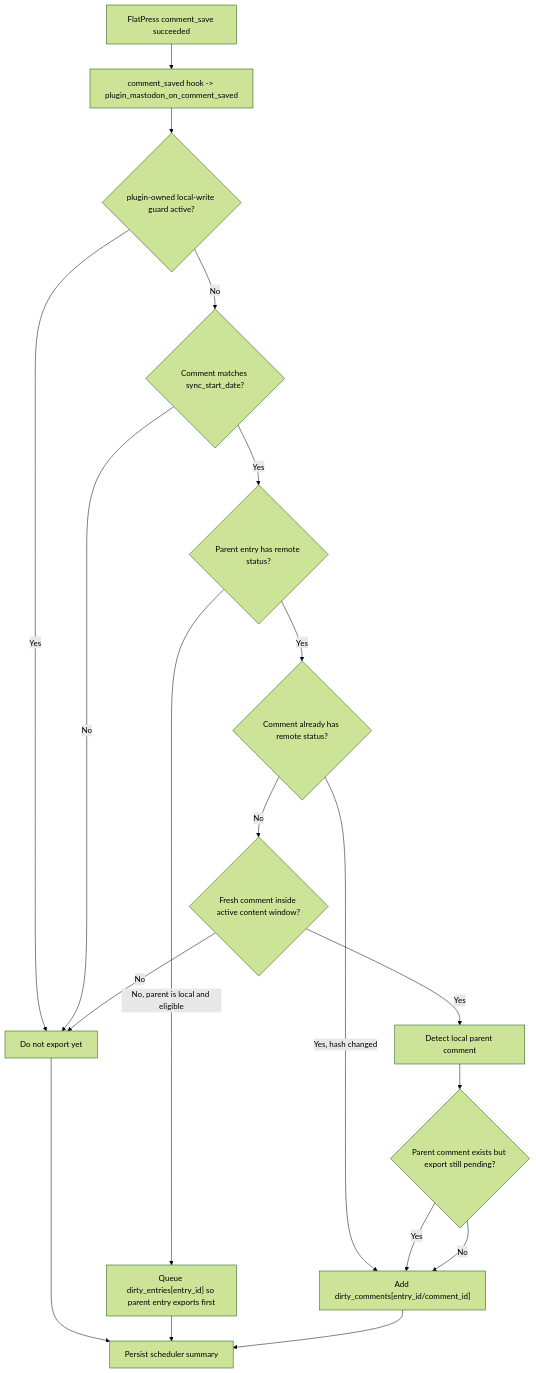
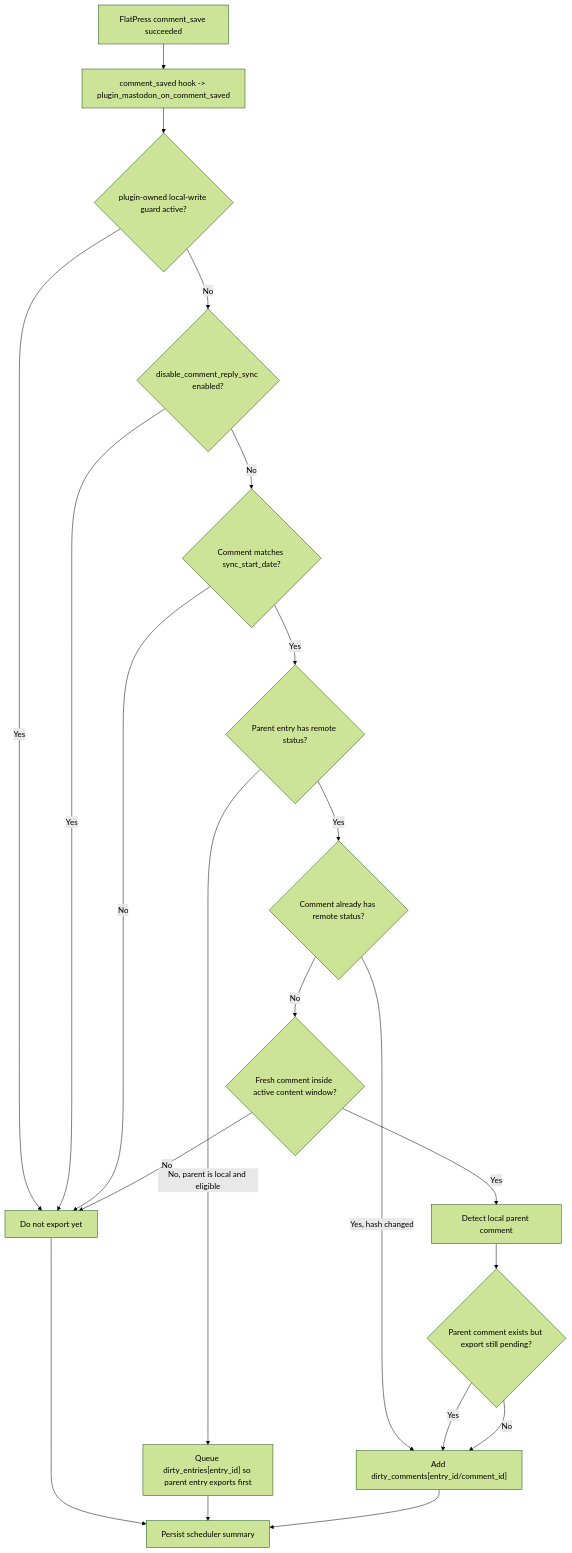
One commit to flatpressblog/flatpress changed diagram 12 of 48 in fp-plugins/mastodon/developer-docs/06-Process-Flow.md. Above: the diagram before and after it, drawn with Mermaid (forest theme). The commit also changed other lines of this file and 33 other files, not shown here.

````diff
--- a/fp-plugins/mastodon/developer-docs/06-Process-Flow.md
+++ b/fp-plugins/mastodon/developer-docs/06-Process-Flow.md
@@ -366,30 +435,33 @@
 ```mermaid
 flowchart TD
     CommentSaved["FlatPress comment_save succeeded"]
     Hook["comment_saved hook -> plugin_mastodon_on_comment_saved"]
     Guard{"plugin-owned local-write guard active?"}
+    CommentGate{"disable_comment_reply_sync enabled?"}
     SyncStart{"Comment matches sync_start_date?"}
     EntryMapped{"Parent entry has remote status?"}
     CommentMapped{"Comment already has remote status?"}
     ActiveWindow{"Fresh comment inside active content window?"}
     ParentLocal["Detect local parent comment"]
     ParentPending{"Parent comment exists but export still pending?"}
     DirtyComment["Add dirty_comments[entry_id/comment_id]"]
     DirtyEntry["Queue dirty_entries[entry_id] so parent entry exports first"]
     NoExport["Do not export yet"]
     Persist["Persist scheduler summary"]
 
     CommentSaved --> Hook --> Guard
     Guard -- "Yes" --> NoExport --> Persist
-    Guard -- "No" --> SyncStart
+    Guard -- "No" --> CommentGate
+    CommentGate -- "Yes" --> NoExport
+    CommentGate -- "No" --> SyncStart
     SyncStart -- "No" --> NoExport
     SyncStart -- "Yes" --> EntryMapped
     EntryMapped -- "No, parent is local and eligible" --> DirtyEntry --> Persist
     EntryMapped -- "Yes" --> CommentMapped
     CommentMapped -- "Yes, hash changed" --> DirtyComment --> Persist
     CommentMapped -- "No" --> ActiveWindow
     ActiveWindow -- "No" --> NoExport
     ActiveWindow -- "Yes" --> ParentLocal --> ParentPending
     ParentPending -- "Yes" --> DirtyComment
     ParentPending -- "No" --> DirtyComment
 ```
````
